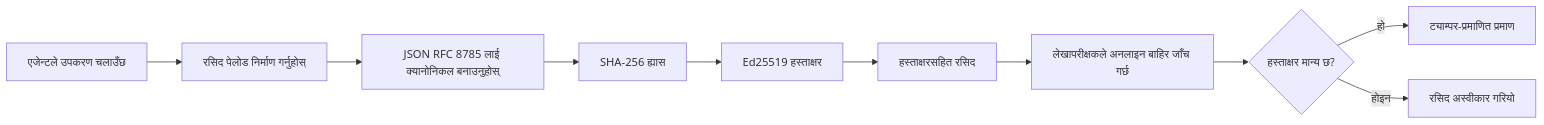
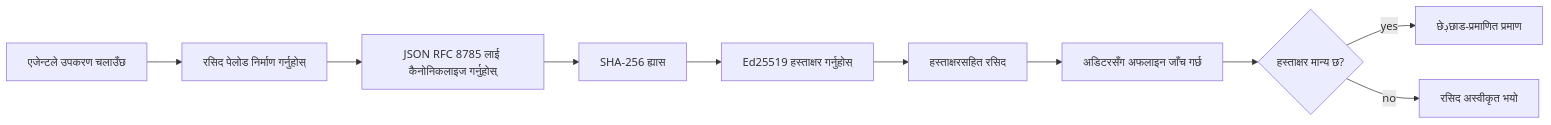
Before and after one commit to gabrielmoreira/agent-skills-mirror: the first of 2 diagrams in mirrors/repos/microsoft@ai-agents-for-beginners/translations/ne/18-securing-ai-agents/README.md, drawn with Mermaid. The commit also changed other lines of this file and 8886 other files, not shown here.

````diff
--- a/mirrors/repos/microsoft@ai-agents-for-beginners/translations/ne/18-securing-ai-agents/README.md
+++ b/mirrors/repos/microsoft@ai-agents-for-beginners/translations/ne/18-securing-ai-agents/README.md
@@ -51,12 +51,12 @@
 ```mermaid
 flowchart LR
     A[एजेन्टले उपकरण चलाउँछ] --> B[रसिद पेलोड निर्माण गर्नुहोस्]
-    B --> C[JSON RFC 8785 लाई क्यानोनिकल बनाउनुहोस्]
+    B --> C[JSON RFC 8785 लाई कैनोनिकलाइज गर्नुहोस्]
     C --> D[SHA-256 ह्यास]
-    D --> E[Ed25519 हस्ताक्षर]
+    D --> E[Ed25519 हस्ताक्षर गर्नुहोस्]
     E --> F[हस्ताक्षरसहित रसिद]
-    F --> G[लेखापरीक्षकले अनलाइन बाहिर जाँच गर्छ]
+    F --> G[अडिटरसँग अफलाइन जाँच गर्छ]
     G --> H{हस्ताक्षर मान्य छ?}
-    H -- हो --> I[ट्याम्पर-प्रमाणित प्रमाण]
-    H -- होइन --> J[रसिद अस्वीकार गरियो]
+    H -- yes --> I[छेڊछाड-प्रमाणित प्रमाण]
+    H -- no --> J[रसिद अस्वीकृत भयो]
 ```
````
